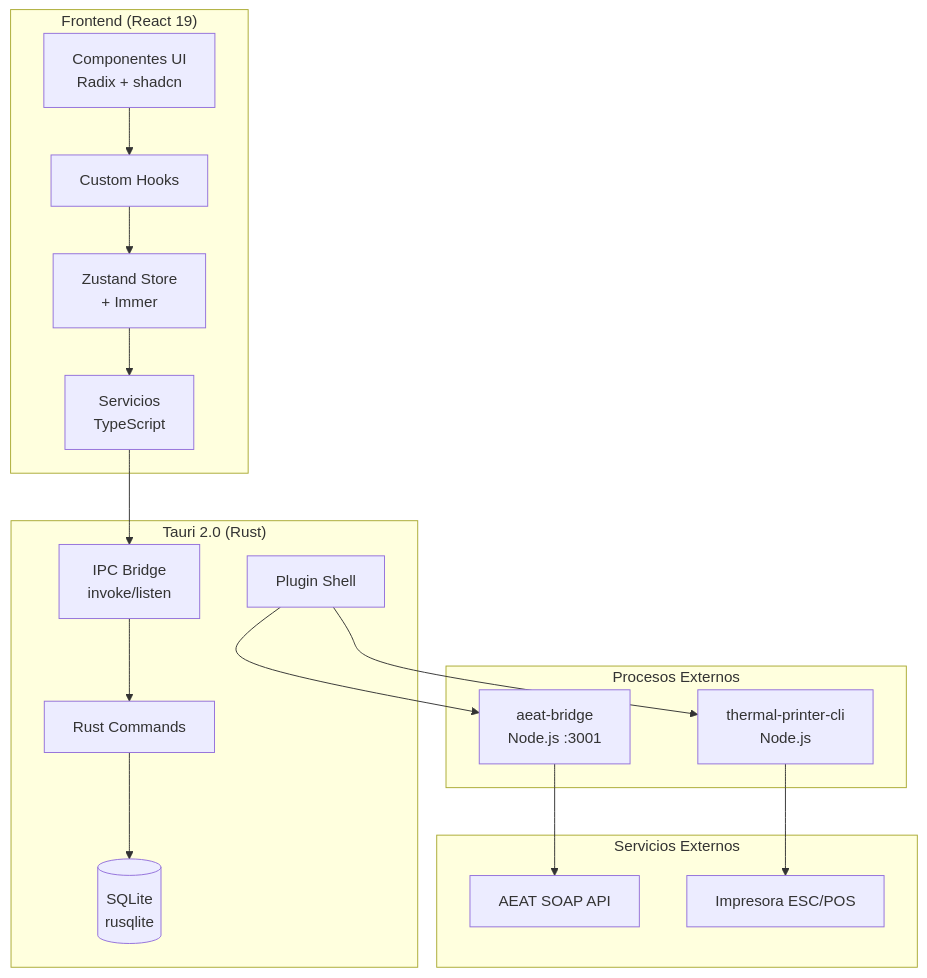
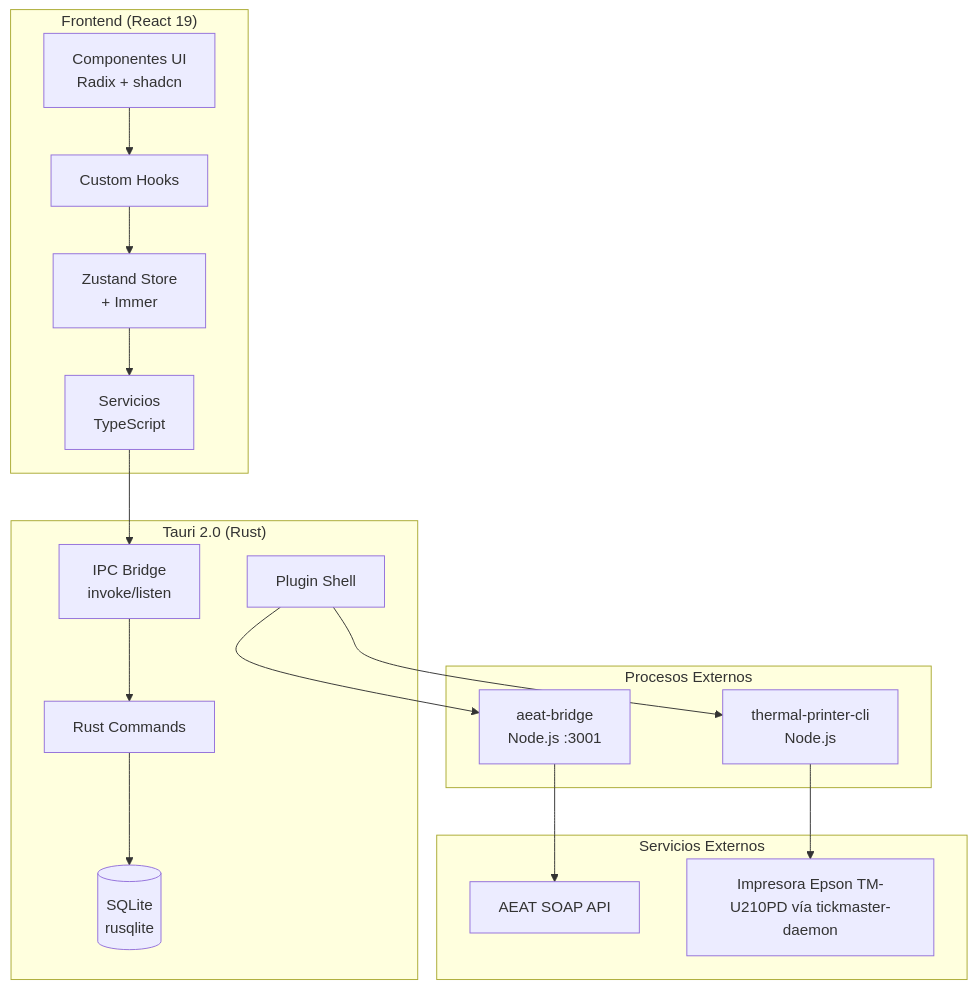
One commit to MKS2508/tpv-el-haido2 changed the first of 4 diagrams in apps/haidodocs/content/docs/desarrollo/arquitectura.mdx. Above: the diagram before and after it, drawn with Mermaid. The commit also changed other lines of this file and 23 other files, not shown here.

````diff
--- a/apps/haidodocs/content/docs/desarrollo/arquitectura.mdx
+++ b/apps/haidodocs/content/docs/desarrollo/arquitectura.mdx
@@ -12,37 +12,37 @@
 ```mermaid
 graph TB
     subgraph Frontend["Frontend (React 19)"]
         UI[Componentes UI<br/>Radix + shadcn]
         Store[Zustand Store<br/>+ Immer]
         Services[Servicios<br/>TypeScript]
         Hooks[Custom Hooks]
     end
 
     subgraph Tauri["Tauri 2.0 (Rust)"]
         IPC[IPC Bridge<br/>invoke/listen]
         Commands[Rust Commands]
         SQLite[(SQLite<br/>rusqlite)]
         Shell[Plugin Shell]
     end
 
     subgraph Sidecars["Procesos Externos"]
         AEAT[aeat-bridge<br/>Node.js :3001]
         Printer[thermal-printer-cli<br/>Node.js]
     end
 
     subgraph External["Servicios Externos"]
         AEATWS[AEAT SOAP API]
-        PrinterHW[Impresora ESC/POS]
+        PrinterHW[Impresora Epson TM-U210PD vía tickmaster-daemon]
     end
 
     UI --> Hooks
     Hooks --> Store
     Store --> Services
     Services --> IPC
     IPC --> Commands
     Commands --> SQLite
     Shell --> AEAT
     Shell --> Printer
     AEAT --> AEATWS
     Printer --> PrinterHW
 ```
````
